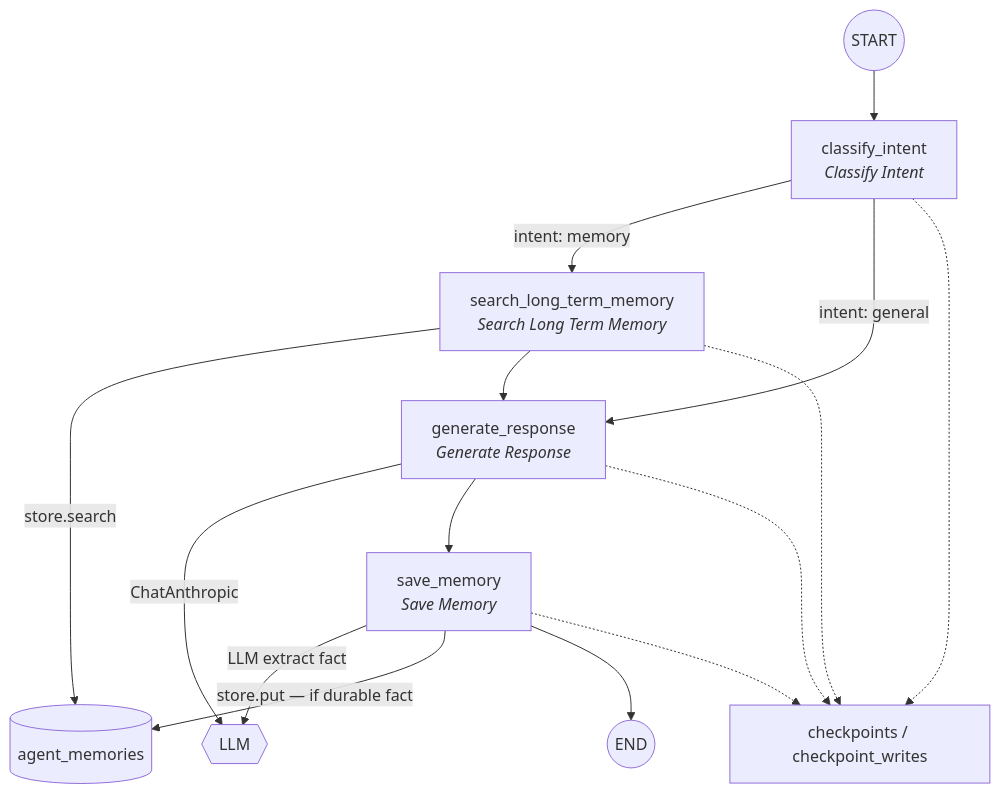
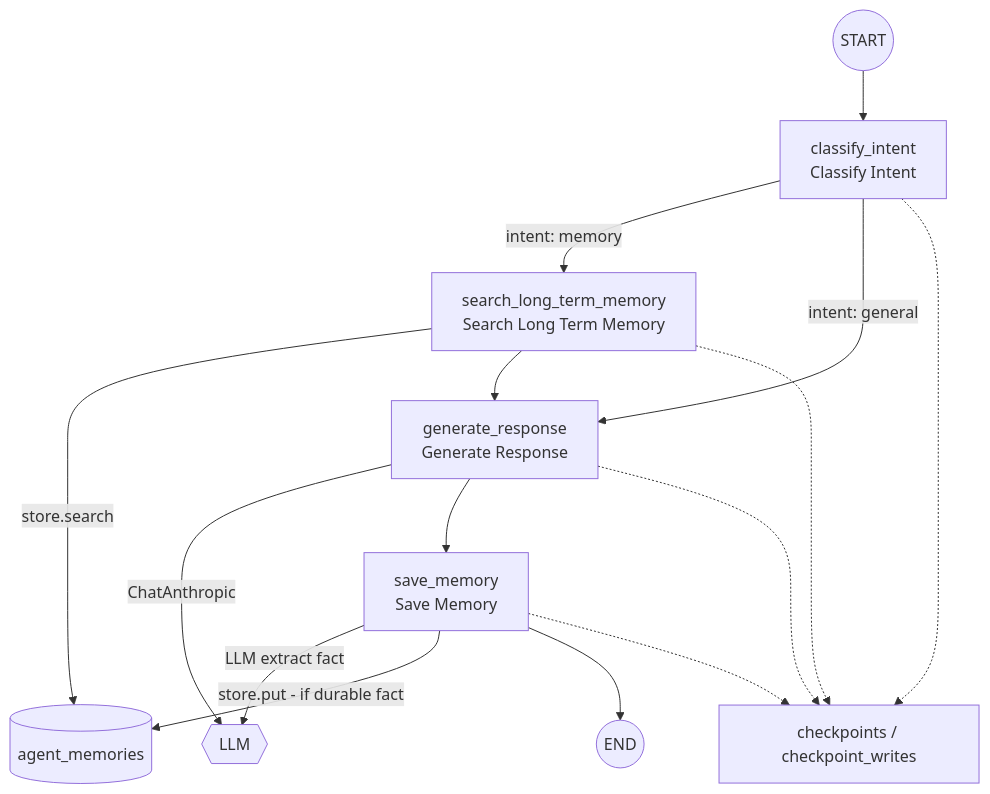
One commit to newellbrandon/pensive-langchain changed the second of 2 diagrams in README.md. Above: the diagram before and after it, drawn with Mermaid. The commit also changed other lines of this file, not shown here.

Commit message:
mermaid update

````diff
--- a/README.md
+++ b/README.md
@@ -32,22 +32,22 @@
 ```mermaid
 flowchart TD
-  START((START)) --> classify["classify_intent<br/><i>Classify Intent</i>"]
+  startNode((START)) --> classify["classify_intent<br/>Classify Intent"]
 
-  classify -->|intent: memory| search["search_long_term_memory<br/><i>Search Long Term Memory</i>"]
-  classify -->|intent: general| generate["generate_response<br/><i>Generate Response</i>"]
+  classify -->|"intent: memory"| search["search_long_term_memory<br/>Search Long Term Memory"]
+  classify -->|"intent: general"| generate["generate_response<br/>Generate Response"]
 
   search -->|store.search| agentMem[(agent_memories)]
   search --> generate
 
-  generate -->|ChatAnthropic| llm{{LLM}}
-  generate --> save["save_memory<br/><i>Save Memory</i>"]
+  generate -->|ChatAnthropic| llmNode{{LLM}}
+  generate --> save["save_memory<br/>Save Memory"]
 
-  save -->|LLM extract fact| llm
-  save -->|store.put — if durable fact| agentMem
-  save --> END((END))
+  save -->|LLM extract fact| llmNode
+  save -->|"store.put - if durable fact"| agentMem
+  save --> endNode((END))
 
   classify -.-> cpNote["checkpoints / checkpoint_writes"]
   search -.-> cpNote
   generate -.-> cpNote
   save -.-> cpNote
 ```
````
